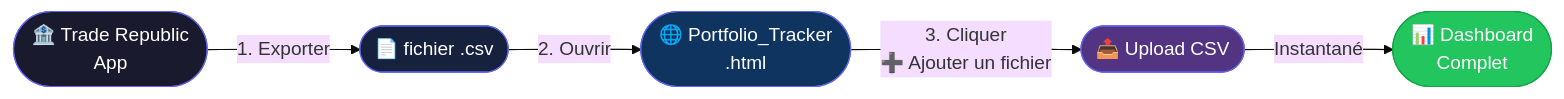
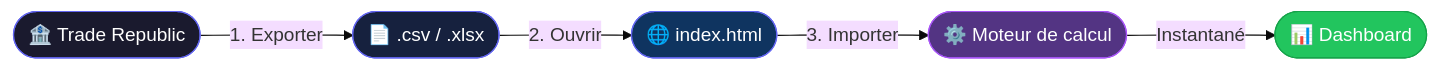
The first of 2 diagrams in README.md (JeremyGa2/TR-Portfolio-Tracker), drawn with Mermaid (base theme) before and after one commit. The commit also changed other lines of this file, not shown here.

First line of the commit message:
docs(readme): documente la chaîne de calcul complète, de l'export au gain affiché

````diff
--- a/README.md
+++ b/README.md
@@ -26,13 +39,13 @@
 ```mermaid
 flowchart LR
-    A([🏦 Trade Republic\nApp]) -->|1. Exporter| B([📄 fichier .csv])
-    B -->|2. Ouvrir| C([🌐 Portfolio_Tracker\n.html])
-    C -->|3. Cliquer\n➕ Ajouter un fichier| D([📤 Upload CSV])
-    D -->|Instantané| E([📊 Dashboard\nComplet])
+    A([🏦 Trade Republic]) -->|1. Exporter| B([📄 .csv / .xlsx])
+    B -->|2. Ouvrir| C([🌐 index.html])
+    C -->|3. Importer| D([⚙️ Moteur de calcul])
+    D -->|Instantané| E([📊 Dashboard])
 
     style A fill:#1a1a2e,color:#fff,stroke:#6366f1
     style B fill:#16213e,color:#fff,stroke:#6366f1
     style C fill:#0f3460,color:#fff,stroke:#6366f1
-    style D fill:#533483,color:#fff,stroke:#6366f1
+    style D fill:#533483,color:#fff,stroke:#a855f7
     style E fill:#22c55e,color:#fff,stroke:#16a34a
 ```
````
